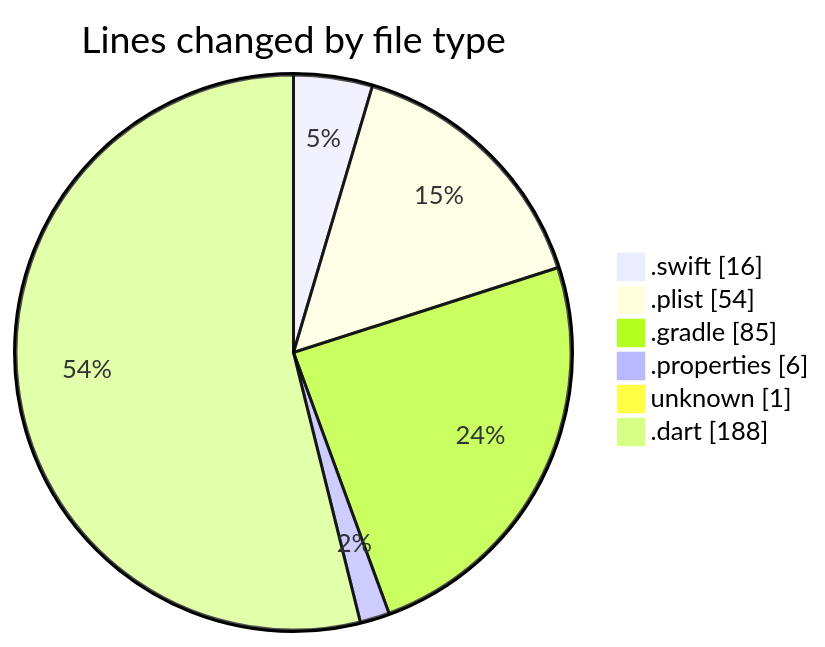
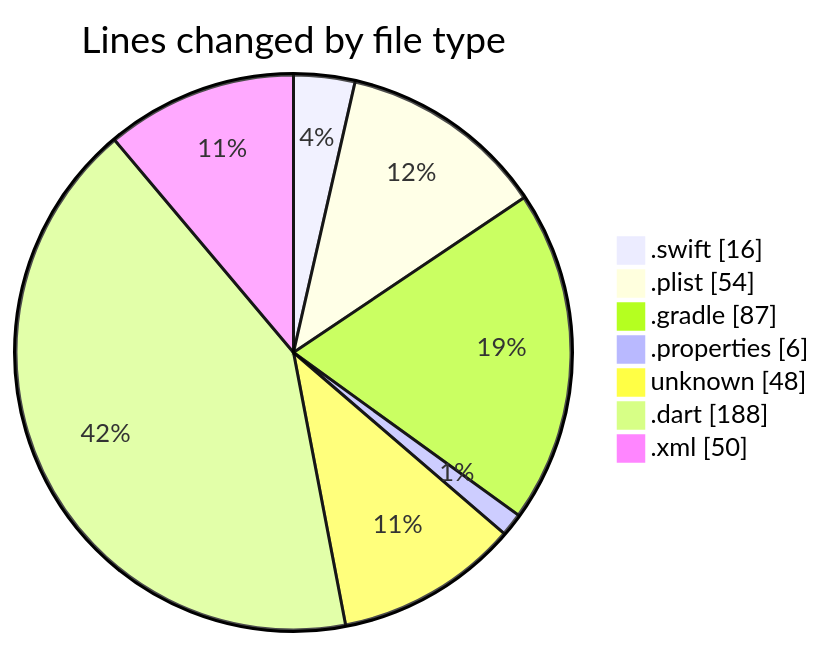
The first of 2 diagrams in 2025-01-02/maps_clone/README.md (donsfak/code-tracking), drawn with Mermaid before and after one commit. The commit also changed other lines of this file and 2 other files, not shown here.

````diff
--- a/2025-01-02/maps_clone/README.md
+++ b/2025-01-02/maps_clone/README.md
@@ -27,10 +29,11 @@
 ```mermaid
 pie showData
 title Lines changed by file type
 ".swift" : 16
 ".plist" : 54
-".gradle" : 85
+".gradle" : 87
 ".properties" : 6
-"unknown" : 1
+"unknown" : 48
 ".dart" : 188
+".xml" : 50
 ```
````
